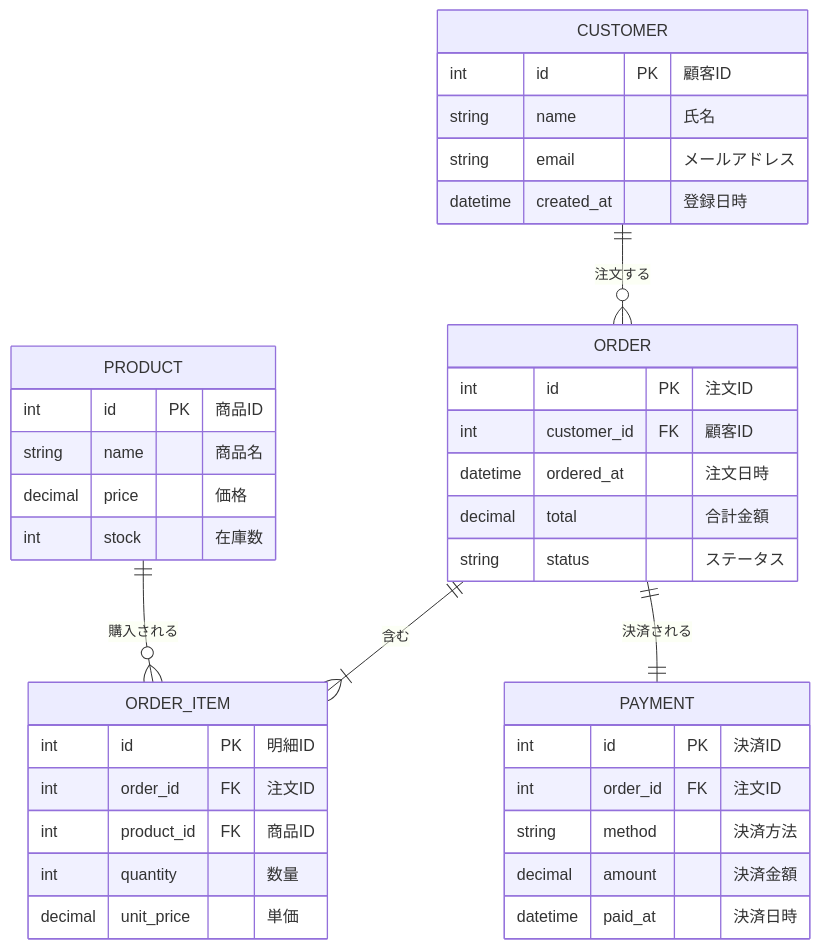
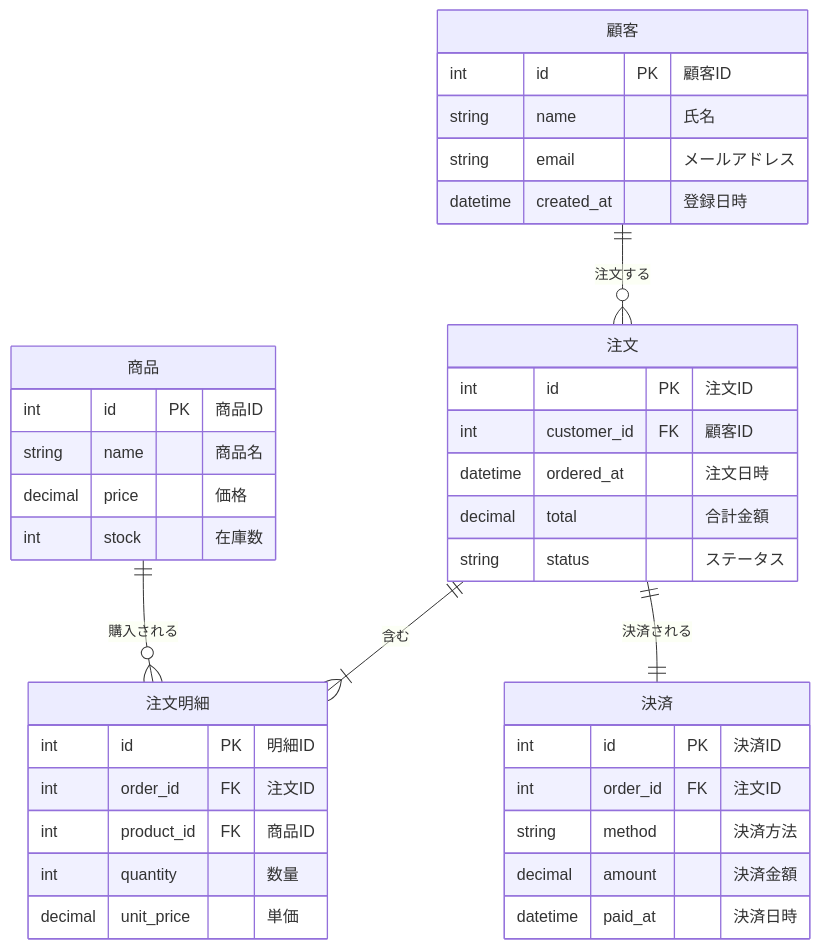
One commit to fuu7510-rgb/waiwaier-mermaid changed the diagram in examples/sample.mmd. Above: the diagram before and after it, drawn with Mermaid.

Commit message:
migrate: sample.mmdのラベルをlayout.jsonからMermaid標準構文に移行

```diff
--- a/examples/sample.mmd
+++ b/examples/sample.mmd
@@ -1,43 +1,43 @@
 erDiagram
-    CUSTOMER {
+    CUSTOMER["顧客"] {
         int id PK "顧客ID"
         string name "氏名"
         string email "メールアドレス"
         datetime created_at "登録日時"
     }
 
-    PRODUCT {
+    PRODUCT["商品"] {
         int id PK "商品ID"
         string name "商品名"
         decimal price "価格"
         int stock "在庫数"
     }
 
-    ORDER {
+    ORDER["注文"] {
         int id PK "注文ID"
         int customer_id FK "顧客ID"
         datetime ordered_at "注文日時"
         decimal total "合計金額"
         string status "ステータス"
     }
 
-    ORDER_ITEM {
+    ORDER_ITEM["注文明細"] {
         int id PK "明細ID"
         int order_id FK "注文ID"
         int product_id FK "商品ID"
         int quantity "数量"
         decimal unit_price "単価"
     }
 
-    PAYMENT {
+    PAYMENT["決済"] {
         int id PK "決済ID"
         int order_id FK "注文ID"
         string method "決済方法"
         decimal amount "決済金額"
         datetime paid_at "決済日時"
     }
 
     CUSTOMER ||--o{ ORDER : "注文する"
     ORDER ||--|{ ORDER_ITEM : "含む"
     PRODUCT ||--o{ ORDER_ITEM : "購入される"
     ORDER ||--|| PAYMENT : "決済される"
```
